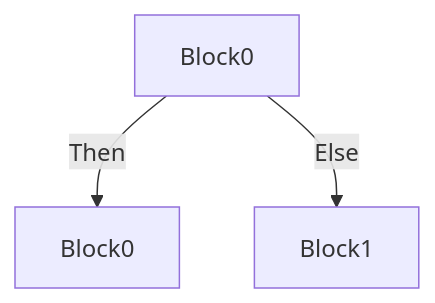
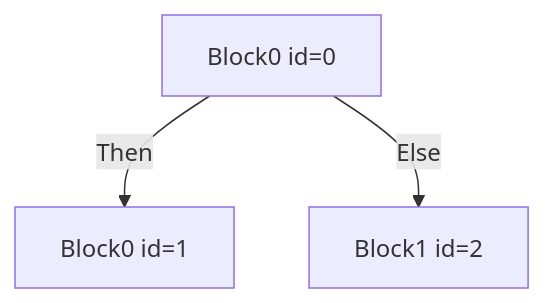
Before and after one commit to defkit/branching_overview: the fifth of 9 diagrams in README.md, drawn with Mermaid. The commit also changed other lines of this file, not shown here.

````diff
--- a/README.md
+++ b/README.md
@@ -66,5 +66,5 @@
 ```mermaid
 graph TD;
-    b0[Block0]-->|Then| b1[Block0]
-    b0[Block0]-->|Else| b2[Block1]
+    b0[Block0 id=0]-->|Then| b1[Block0 id=1]
+    b0[Block0 id=0]-->|Else| b2[Block1 id=2]
 ```
````
